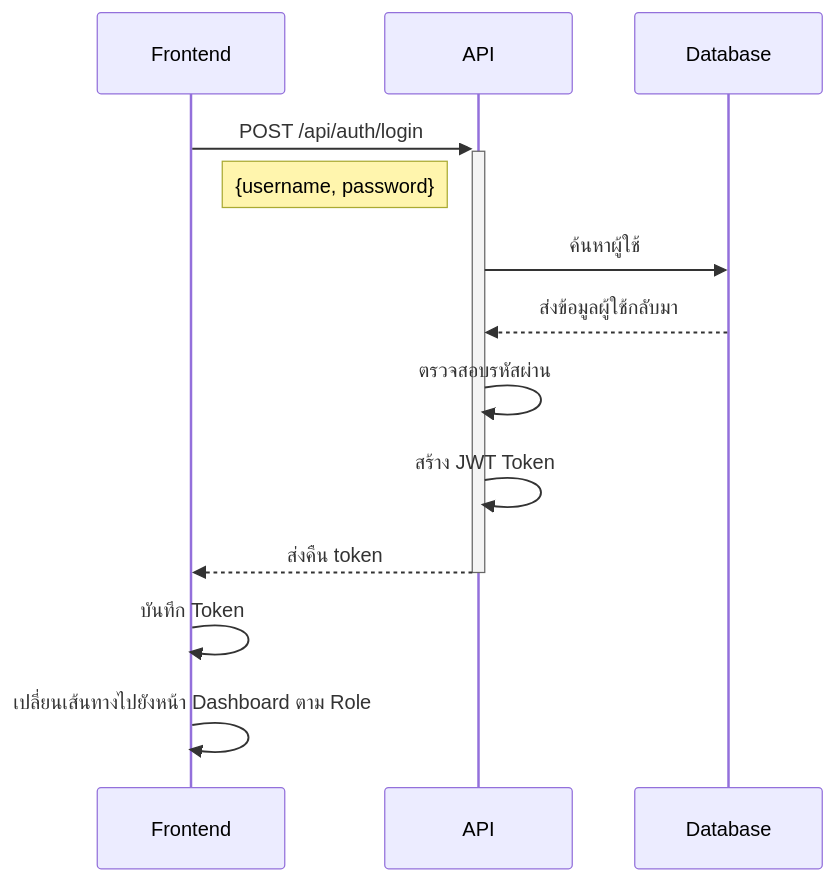
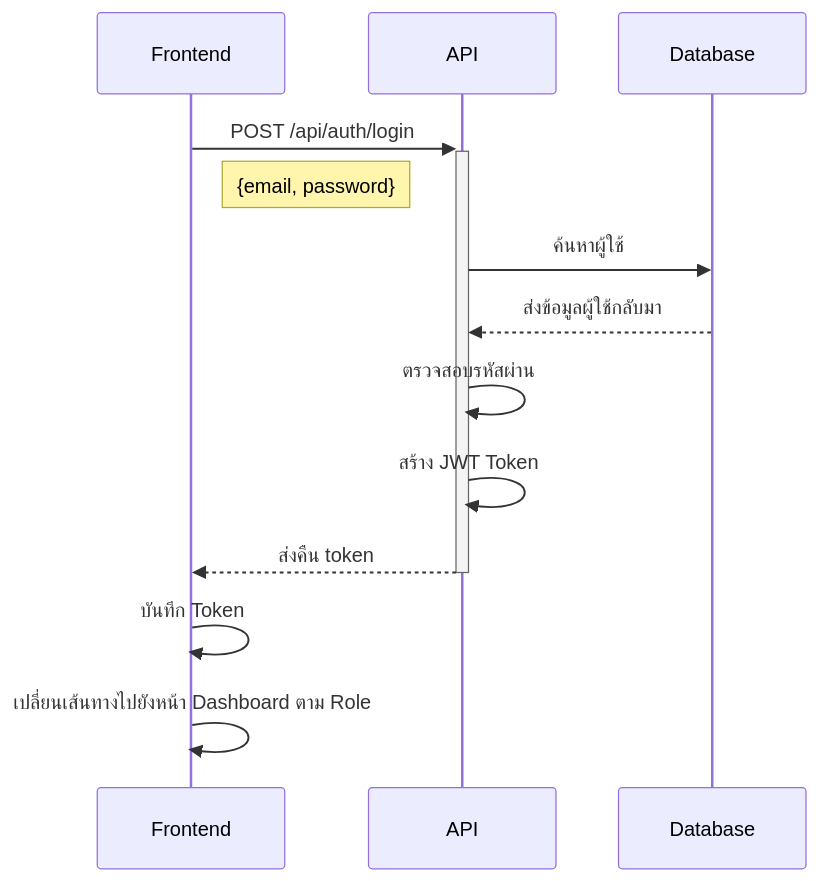
Before and after one commit to ModzabazeR/2567-2-Fullstack-Auth: the second of 3 diagrams in README.md, drawn with Mermaid. The commit also changed other lines of this file and 15 other files, not shown here.

````diff
--- a/README.md
+++ b/README.md
@@ -39,12 +39,12 @@
 ```mermaid
 sequenceDiagram
     Frontend->>+API: POST /api/auth/login
-    Note right of Frontend: {username, password}
+    Note right of Frontend: {email, password}
     API->>Database: ค้นหาผู้ใช้
     Database-->>API: ส่งข้อมูลผู้ใช้กลับมา
     API->>API: ตรวจสอบรหัสผ่าน
     API->>API: สร้าง JWT Token
     API-->>-Frontend: ส่งคืน token
     Frontend->>Frontend: บันทึก Token
     Frontend->>Frontend: เปลี่ยนเส้นทางไปยังหน้า Dashboard ตาม Role
 ```
````
